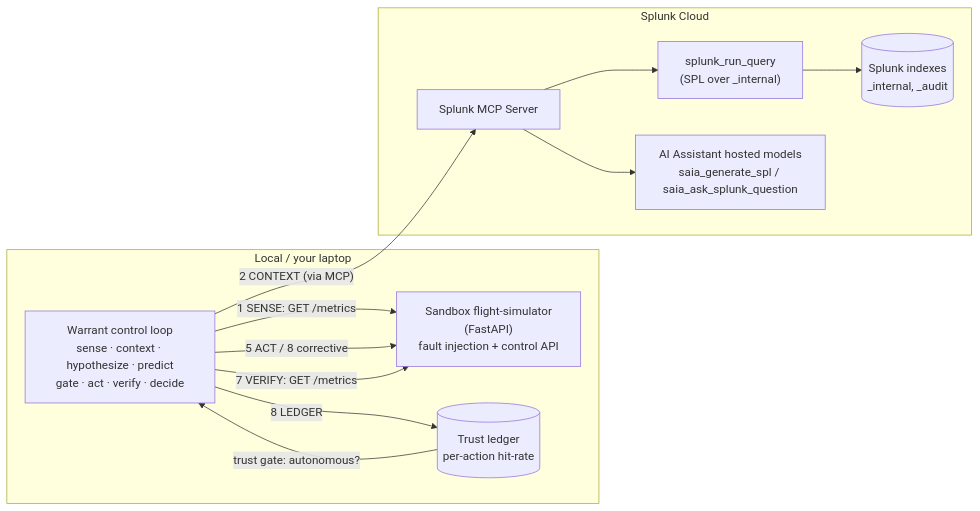
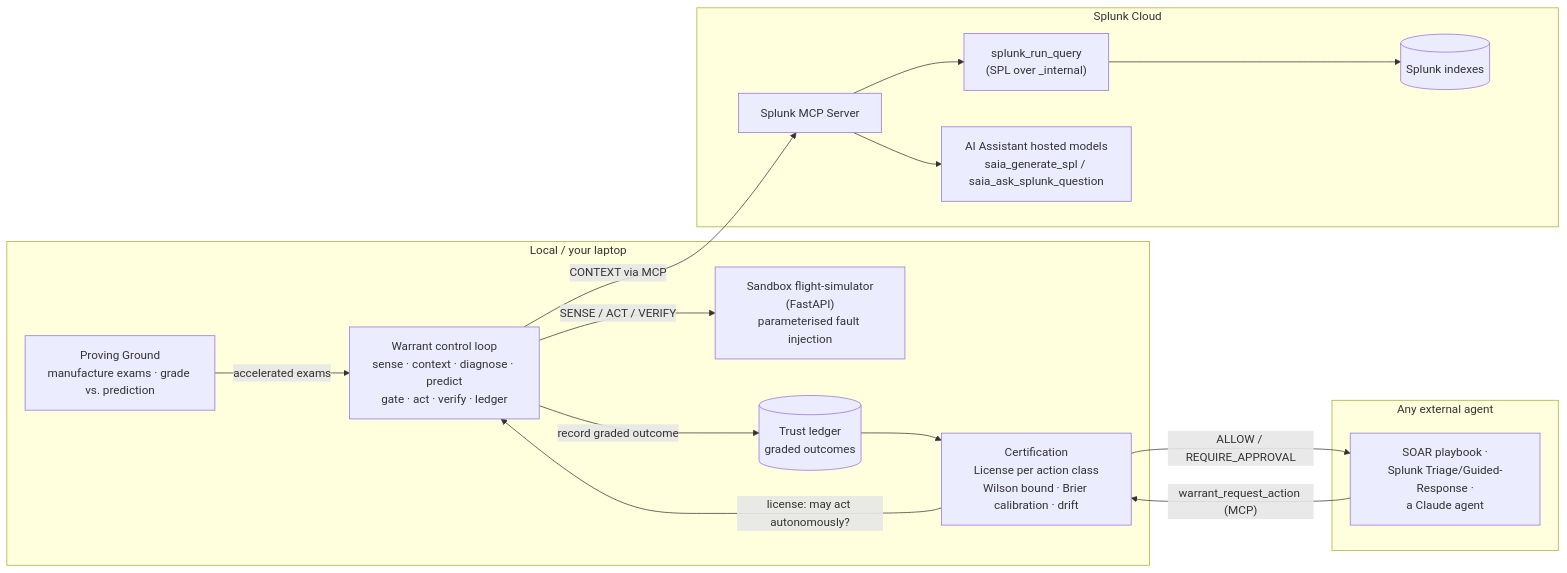
The diagram in docs/architecture.md (Uthmannabeel/warrant), drawn with Mermaid before and after one commit. The commit also changed other lines of this file and 6 other files, not shown here.

````diff
--- a/docs/architecture.md
+++ b/docs/architecture.md
@@ -12,24 +16,32 @@
 ```mermaid
 flowchart LR
     subgraph LOCAL["Local / your laptop"]
-        SB["Sandbox flight-simulator<br/>(FastAPI)<br/>fault injection + control API"]
-        W["Warrant control loop<br/>sense · context · hypothesize · predict<br/>gate · act · verify · decide"]
-        L[("Trust ledger<br/>per-action hit-rate")]
+        SB["Sandbox flight-simulator<br/>(FastAPI)<br/>parameterised fault injection"]
+        PG["Proving Ground<br/>manufacture exams · grade vs. prediction"]
+        W["Warrant control loop<br/>sense · context · diagnose · predict<br/>gate · act · verify · ledger"]
+        CERT["Certification<br/>License per action class<br/>Wilson bound · Brier calibration · drift"]
+        L[("Trust ledger<br/>graded outcomes")]
     end
 
     subgraph SPLUNK["Splunk Cloud"]
         MCP["Splunk MCP Server"]
         Q["splunk_run_query<br/>(SPL over _internal)"]
         AI["AI Assistant hosted models<br/>saia_generate_spl / saia_ask_splunk_question"]
-        IDX[("Splunk indexes<br/>_internal, _audit")]
+        IDX[("Splunk indexes")]
     end
 
-    W -- "1 SENSE: GET /metrics" --> SB
-    W -- "2 CONTEXT (via MCP)" --> MCP
+    subgraph EXT["Any external agent"]
+        A2["SOAR playbook ·<br/>Splunk Triage/Guided-Response ·<br/>a Claude agent"]
+    end
+
+    PG -- "accelerated exams" --> W
+    W -- "SENSE / ACT / VERIFY" --> SB
+    W -- "CONTEXT via MCP" --> MCP
     MCP --> Q --> IDX
     MCP --> AI
-    W -- "5 ACT / 8 corrective" --> SB
-    W -- "7 VERIFY: GET /metrics" --> SB
-    W -- "8 LEDGER" --> L
-    L -- "trust gate: autonomous?" --> W
+    W -- "record graded outcome" --> L
+    L --> CERT
+    CERT -- "license: may act autonomously?" --> W
+    A2 -- "warrant_request_action (MCP)" --> CERT
+    CERT -- "ALLOW / REQUIRE_APPROVAL" --> A2
 ```
````
